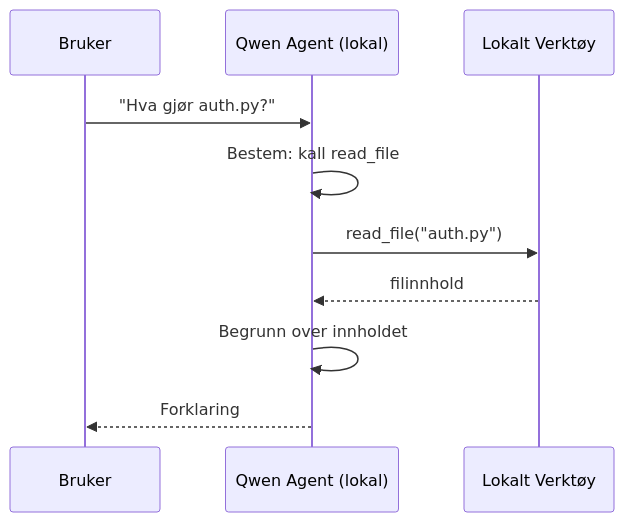
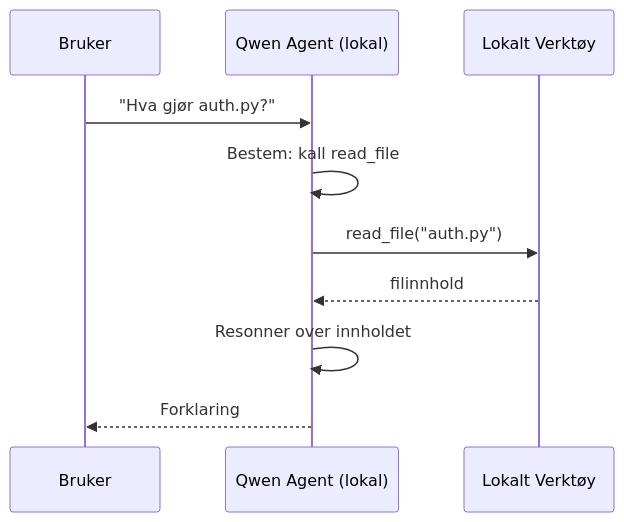
One commit to microsoft/ai-agents-for-beginners changed the second of 4 diagrams in translations/no/17-creating-local-ai-agents/README.md. Above: the diagram before and after it, drawn with Mermaid. The commit also changed other lines of this file and 47 other files, not shown here.

````diff
--- a/translations/no/17-creating-local-ai-agents/README.md
+++ b/translations/no/17-creating-local-ai-agents/README.md
@@ -106,12 +106,12 @@
 ```mermaid
 sequenceDiagram
     participant U as Bruker
     participant A as Qwen Agent (lokal)
     participant T as Lokalt Verktøy
     U->>A: "Hva gjør auth.py?"
     A->>A: Bestem: kall read_file
     A->>T: read_file("auth.py")
     T-->>A: filinnhold
-    A->>A: Begrunn over innholdet
+    A->>A: Resonner over innholdet
     A-->>U: Forklaring
 ```
````
